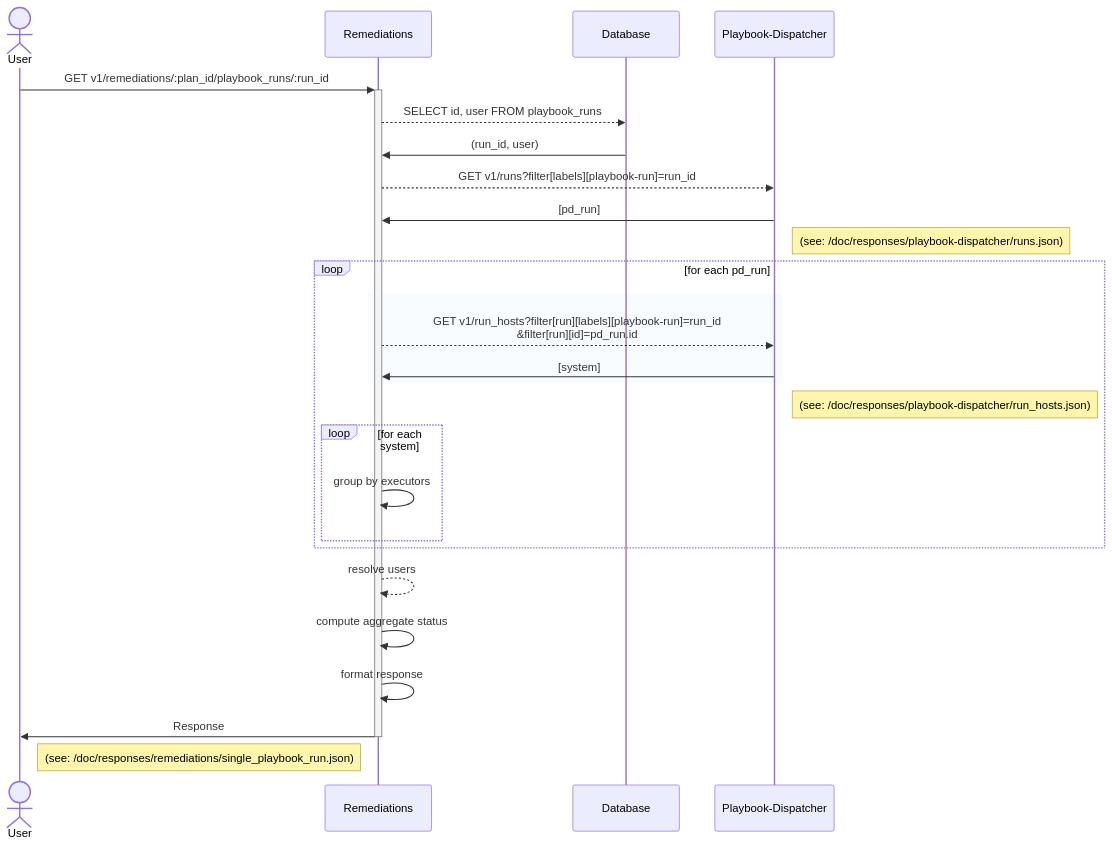
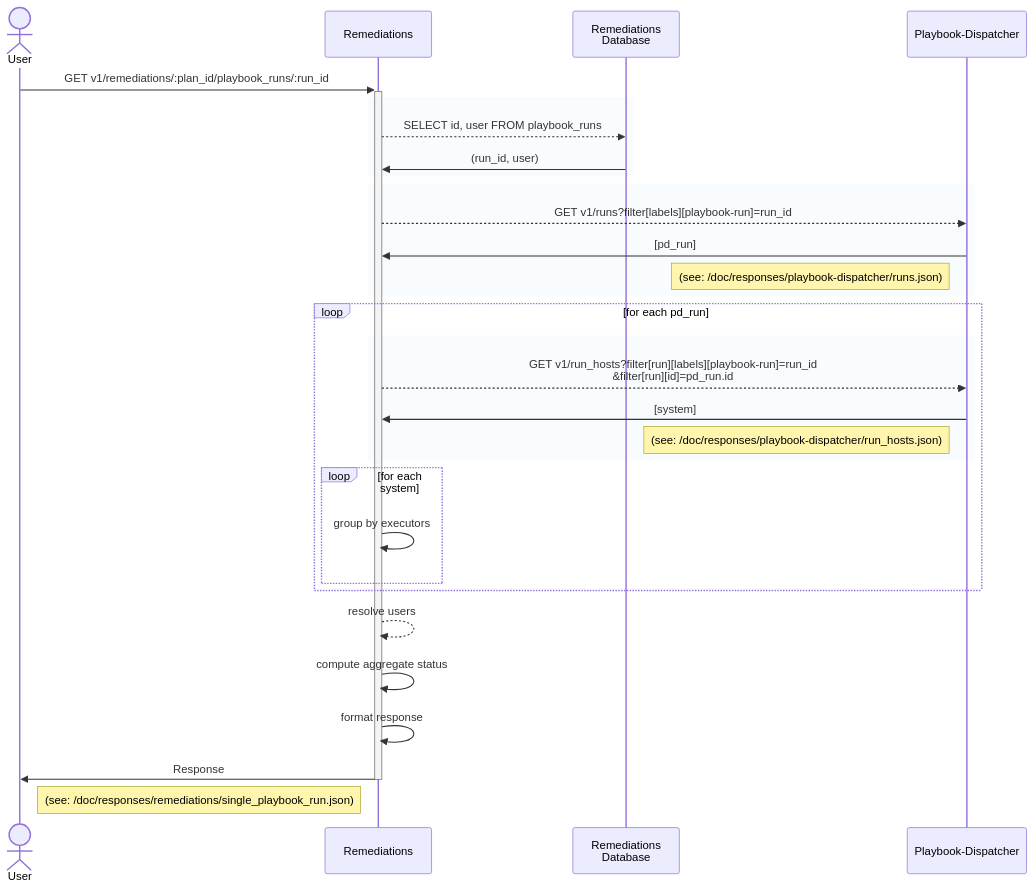
Before and after one commit to RedHatInsights/insights-remediations: the diagram in doc/diagrams/v1/remediations/{plan_id}/playbook_runs/getRunDetails.md, drawn with Mermaid. The commit also changed 3 other files, not shown here.

Commit message:
Updated sequence diagram formatting

````diff
--- a/doc/diagrams/v1/remediations/{plan_id}/playbook_runs/getRunDetails.md
+++ b/doc/diagrams/v1/remediations/{plan_id}/playbook_runs/getRunDetails.md
@@ -15,29 +15,34 @@
 ```mermaid
 sequenceDiagram
     actor u as User
     participant rem as Remediations
-    participant db as Database
+    participant db as Remediations<br>Database
     participant pd as Playbook-Dispatcher
 
     u ->> + rem: GET v1/remediations/:plan_id/playbook_runs/:run_id
-    rem -->> db: SELECT id, user FROM playbook_runs 
-    db ->> rem: (run_id, user)
-    rem -->> pd: GET v1/runs?filter[labels][playbook-run]=run_id
-    pd ->> rem: [pd_run]
-    note right of pd: (see: /doc/responses/playbook-dispatcher/runs.json)
+
+    rect rgba(191, 223, 255, .1)
+       rem -->> db: SELECT id, user FROM playbook_runs 
+       db ->> rem: (run_id, user)
+    end
+    rect rgba(191, 223, 255, .1)
+       rem -->> pd: GET v1/runs?filter[labels][playbook-run]=run_id
+       pd ->> rem: [pd_run]
+       note left of pd: (see: /doc/responses/playbook-dispatcher/runs.json)
+    end
     loop for each pd_run
         rect rgba(191, 223, 255, .1)
            rem -->> pd: GET v1/run_hosts?filter[run][labels][playbook-run]=run_id<br/>&filter[run][id]=pd_run.id
            pd ->> rem: [system]
+           note left of pd: (see: /doc/responses/playbook-dispatcher/run_hosts.json)
         end
-        note right of pd: (see: /doc/responses/playbook-dispatcher/run_hosts.json)
         loop for each system
             rem ->> rem: group by executors
         end
     end
     rem -->> rem: resolve users
     rem ->> rem: compute aggregate status
     rem ->> rem: format response
     rem ->> - u: Response
     note left of rem: (see: /doc/responses/remediations/single_playbook_run.json)
 ```
````
